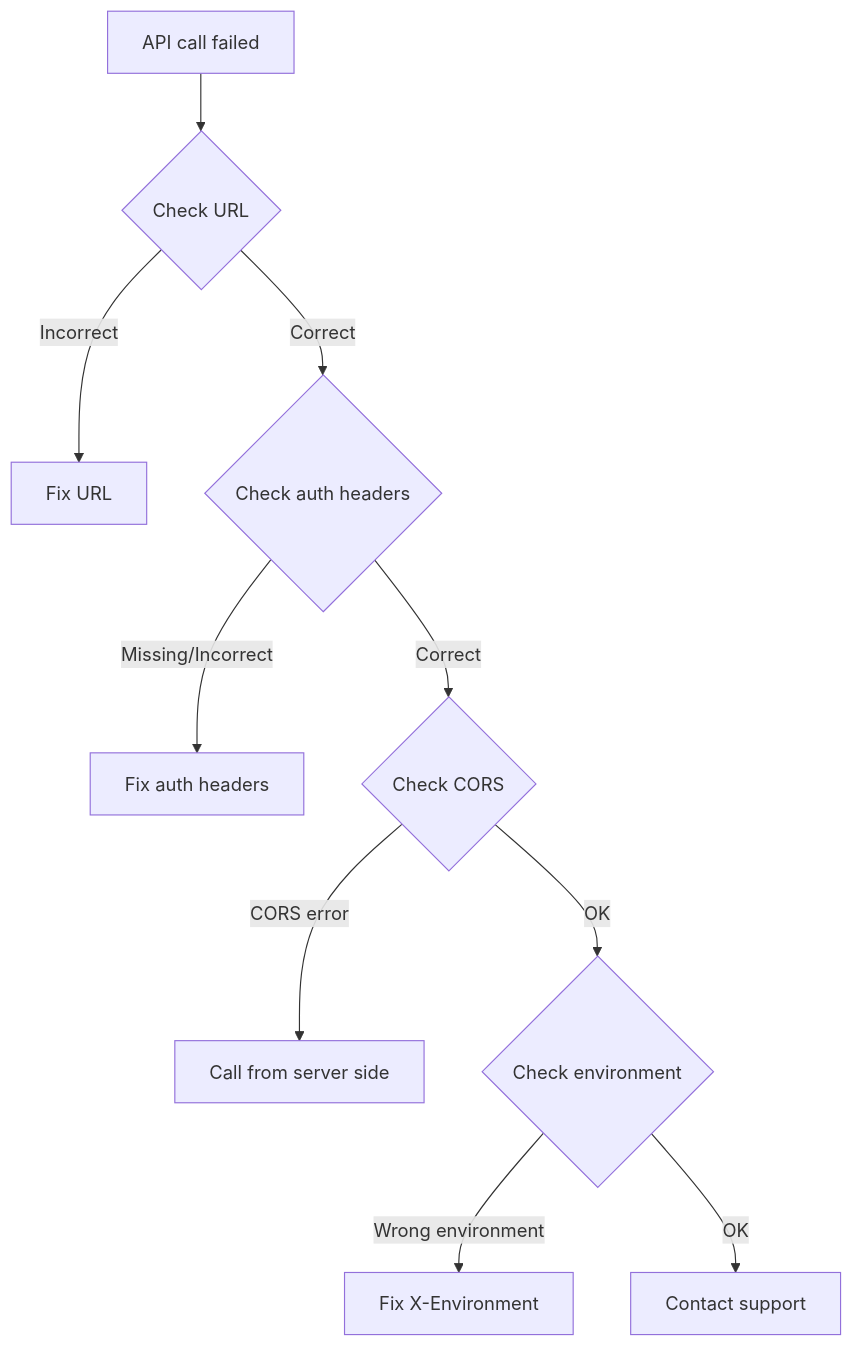
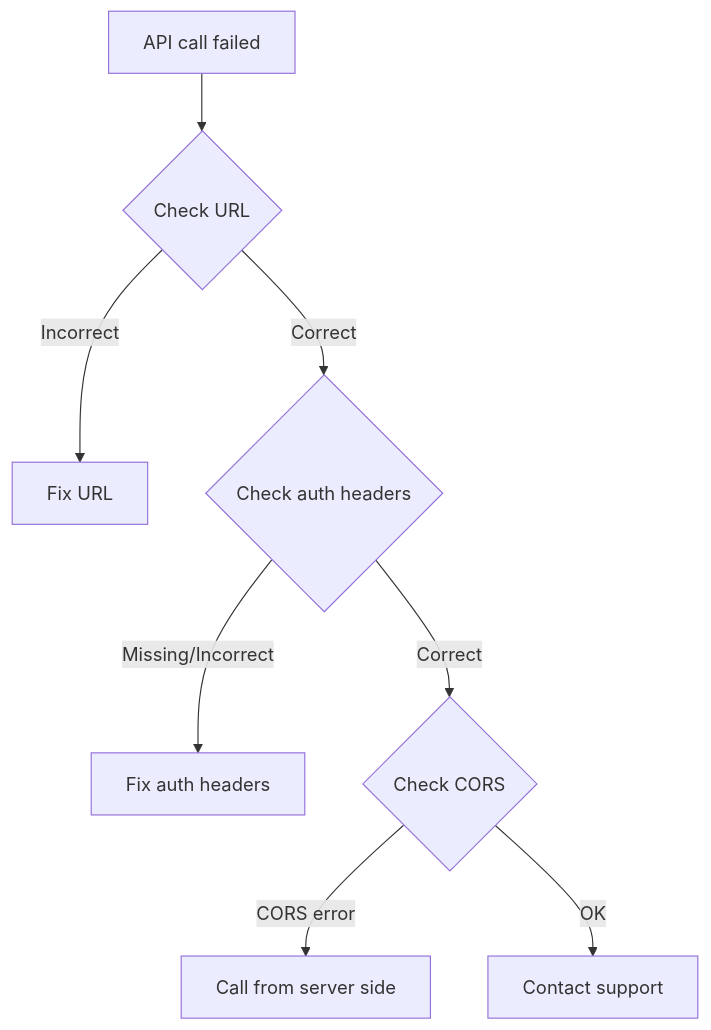
The diagram in en/troubleshooting/02-connection-issues.md (popup-studio-ai/bkend-docs), drawn with Mermaid before and after one commit. The commit also changed other lines of this file and 365 other files, not shown here.

````diff
--- a/en/troubleshooting/02-connection-issues.md
+++ b/en/troubleshooting/02-connection-issues.md
@@ -11,12 +11,10 @@
 ```mermaid
 flowchart TD
     A[API call failed] --> B{Check URL}
     B -->|Incorrect| C[Fix URL]
     B -->|Correct| D{Check auth headers}
     D -->|Missing/Incorrect| E[Fix auth headers]
     D -->|Correct| F{Check CORS}
     F -->|CORS error| G[Call from server side]
-    F -->|OK| H{Check environment}
-    H -->|Wrong environment| I[Fix X-Environment]
-    H -->|OK| J[Contact support]
+    F -->|OK| H[Contact support]
 ```
````
